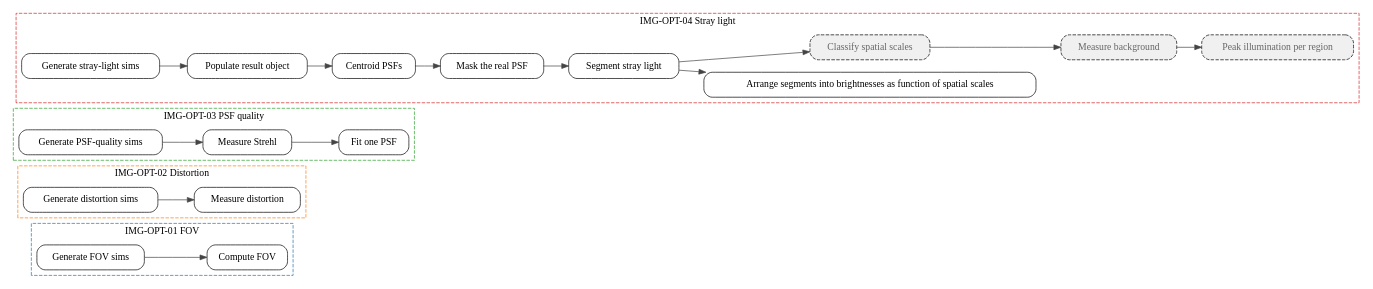
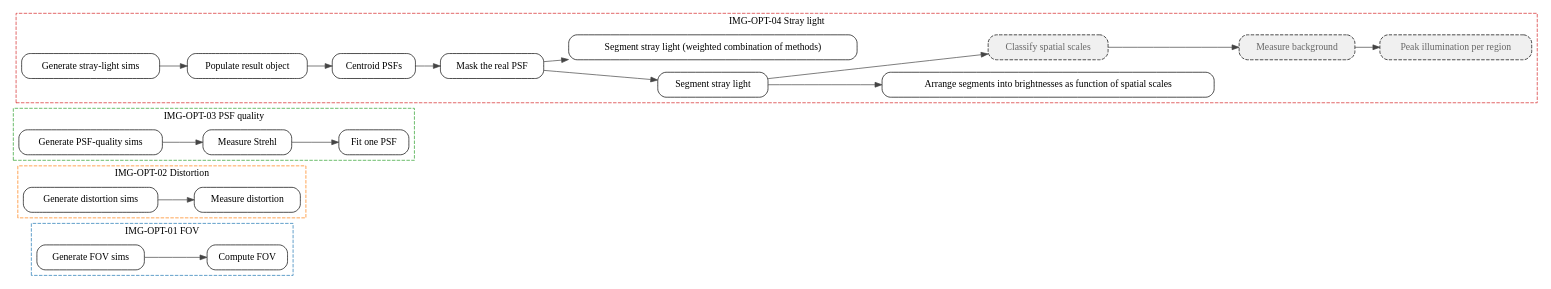
The diagram in docs/uml/pipeline_flow.dot (mwanakijiji/metis_work), drawn with Graphviz before and after one commit. The commit also changed 5 other files, not shown here.

Commit message:
stray light now uses user-defined weighting

```diff
--- a/docs/uml/pipeline_flow.dot
+++ b/docs/uml/pipeline_flow.dot
@@ -1,75 +1,78 @@
 digraph pipeline {
   rankdir=LR;
   node [shape=box, style="rounded,filled", fillcolor="white"];
   edge [color="#444444"];
 
   subgraph cluster_img_opt_01_fov {
     label="IMG-OPT-01 FOV";
     style="dashed";
     color="#1f77b4";
     generate_fov_sim;
     fov_calc;
   }
 
   subgraph cluster_img_opt_02_distortion {
     label="IMG-OPT-02 Distortion";
     style="dashed";
     color="#ff7f0e";
     generate_distortion_sim;
     image_distortion;
   }
 
   subgraph cluster_img_opt_03_psf_quality {
     label="IMG-OPT-03 PSF quality";
     style="dashed";
     color="#2ca02c";
     generate_psf_quality_sim;
     process_one_psf;
     strehl_psfs;
   }
 
   subgraph cluster_img_opt_04_stray_light {
     label="IMG-OPT-04 Stray light";
     style="dashed";
     color="#d62728";
     generate_stray_light_sim;
     populate_result_obj_info;
     stray_light_brightness_spectrum;
     centroid_2passes_oversample;
     stray_light_segmentation;
+    stray_light_segmentation_combined;
     stray_light_mask_real;
     stray_light_spatial_scales;
     stray_light_background_measurement;
     stray_light_peak_illumination_per_region;
   }
 
   generate_fov_sim [label="Generate FOV sims"];
   generate_distortion_sim [label="Generate distortion sims"];
   generate_psf_quality_sim [label="Generate PSF-quality sims"];
   generate_stray_light_sim [label="Generate stray-light sims"];
   fov_calc [label="Compute FOV"];
   image_distortion [label="Measure distortion"];
   process_one_psf [label="Fit one PSF"];
   strehl_psfs [label="Measure Strehl"];
   populate_result_obj_info [label="Populate result object"];
   stray_light_brightness_spectrum [label="Arrange segments into brightnesses as function of spatial scales"];
   centroid_2passes_oversample [label="Centroid PSFs"];
   stray_light_segmentation [label="Segment stray light"];
+  stray_light_segmentation_combined [label="Segment stray light (weighted combination of methods)"];
   stray_light_mask_real [label="Mask the real PSF"];
   stray_light_spatial_scales [label="Classify spatial scales", style="rounded,dashed,filled", fillcolor="#f0f0f0", fontcolor="#666666"];
   stray_light_background_measurement [label="Measure background", style="rounded,dashed,filled", fillcolor="#f0f0f0", fontcolor="#666666"];
   stray_light_peak_illumination_per_region [label="Peak illumination per region", style="rounded,dashed,filled", fillcolor="#f0f0f0", fontcolor="#666666"];
 
   generate_fov_sim -> fov_calc;
   generate_distortion_sim -> image_distortion;
   strehl_psfs -> process_one_psf;
   generate_psf_quality_sim -> strehl_psfs;
   generate_stray_light_sim -> populate_result_obj_info;
   stray_light_segmentation -> stray_light_brightness_spectrum;
   populate_result_obj_info -> centroid_2passes_oversample;
   stray_light_mask_real -> stray_light_segmentation;
+  stray_light_mask_real -> stray_light_segmentation_combined;
   centroid_2passes_oversample -> stray_light_mask_real;
   stray_light_segmentation -> stray_light_spatial_scales;
   stray_light_spatial_scales -> stray_light_background_measurement;
   stray_light_background_measurement -> stray_light_peak_illumination_per_region;
 }
```
